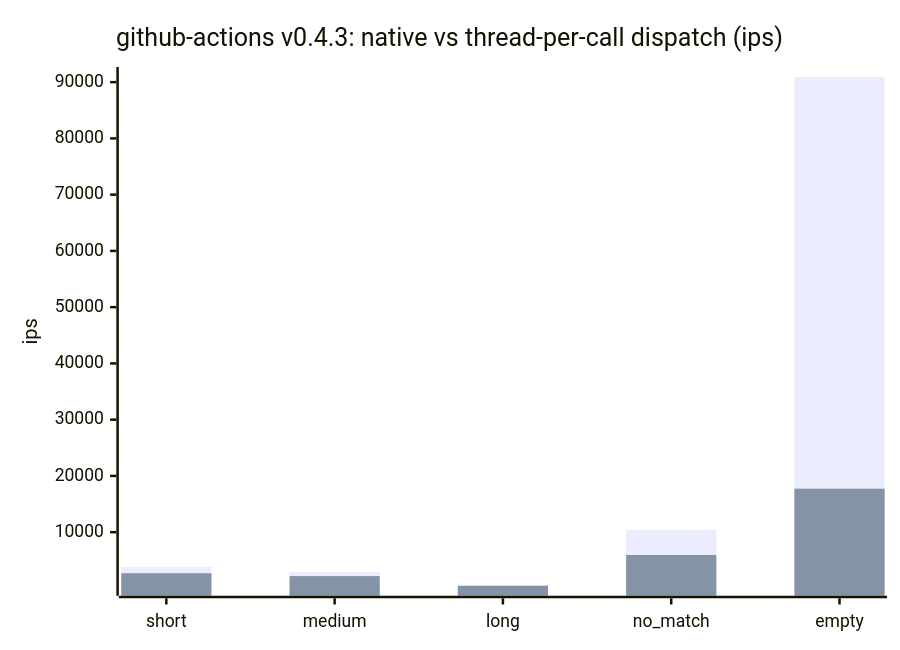
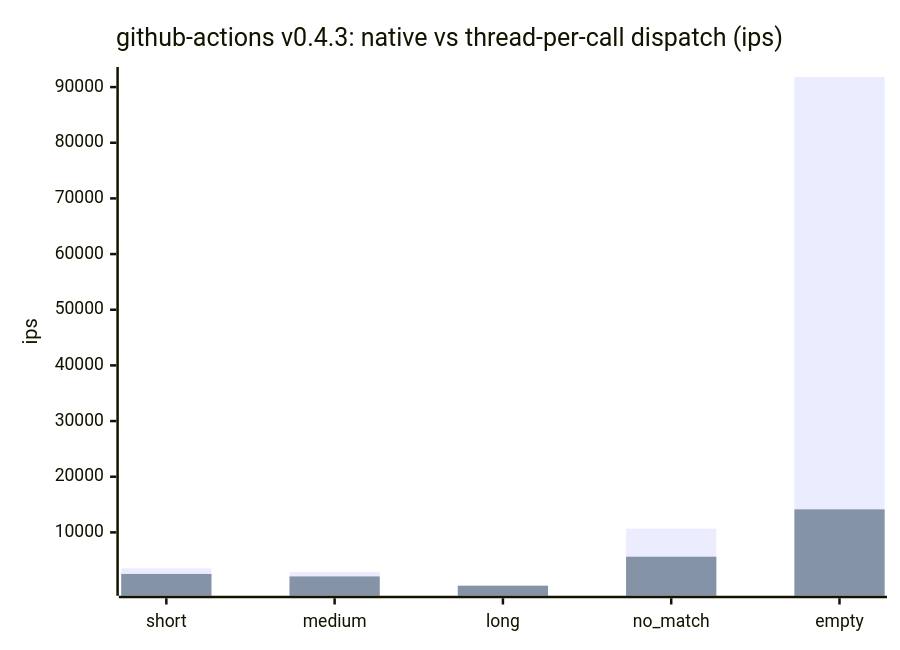
Before and after one commit to cpb/duckling: the first of 7 diagrams in docs/benchmarks/README.md, drawn with Mermaid. The commit also changed other lines of this file and 1 other file, not shown here.

````diff
--- a/docs/benchmarks/README.md
+++ b/docs/benchmarks/README.md
@@ -54,8 +54,8 @@
 ```mermaid
 xychart-beta
     title "github-actions v0.4.3: native vs thread-per-call dispatch (ips)"
     x-axis [short, medium, long, no_match, empty]
     y-axis "ips"
-    bar "native" [3836.9, 2917.2, 513.1, 10398.7, 90916.5]
-    bar "thread-per-call" [2696.3, 2193.5, 474.2, 5946.9, 17728.8]
+    bar "native" [3544.1, 2866.0, 474.0, 10665.1, 91811.9]
+    bar "thread-per-call" [2533.2, 2086.4, 411.8, 5630.9, 14135.3]
 ```
````
